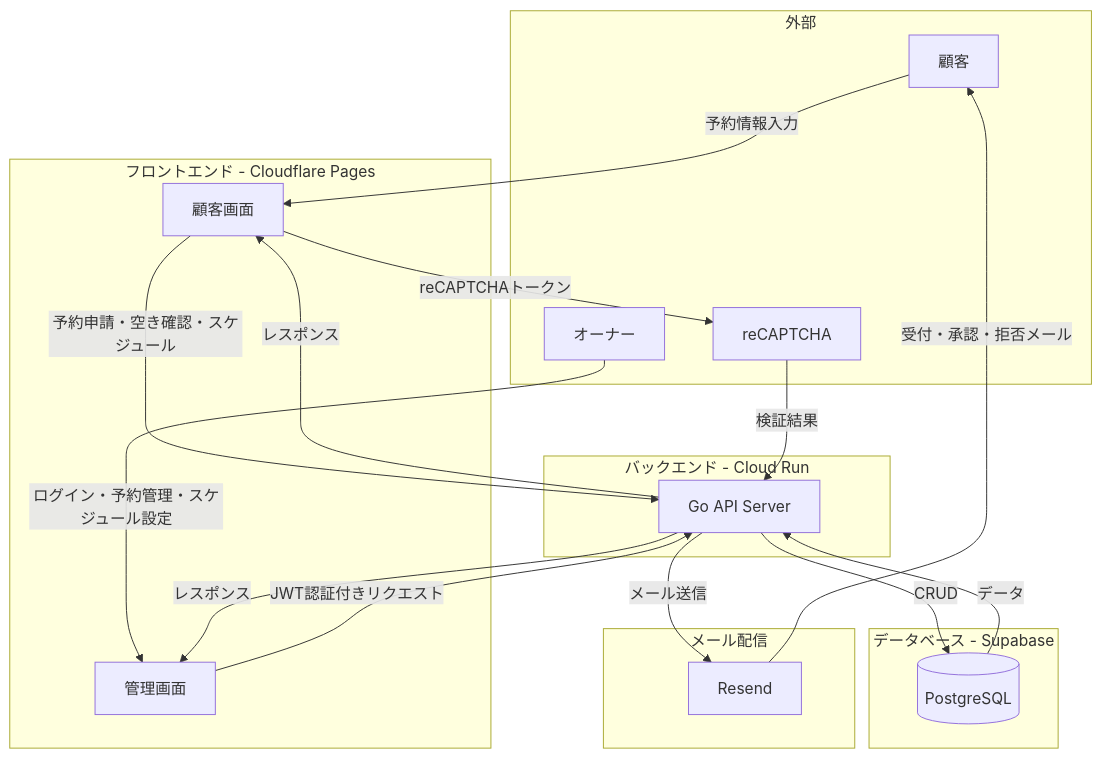
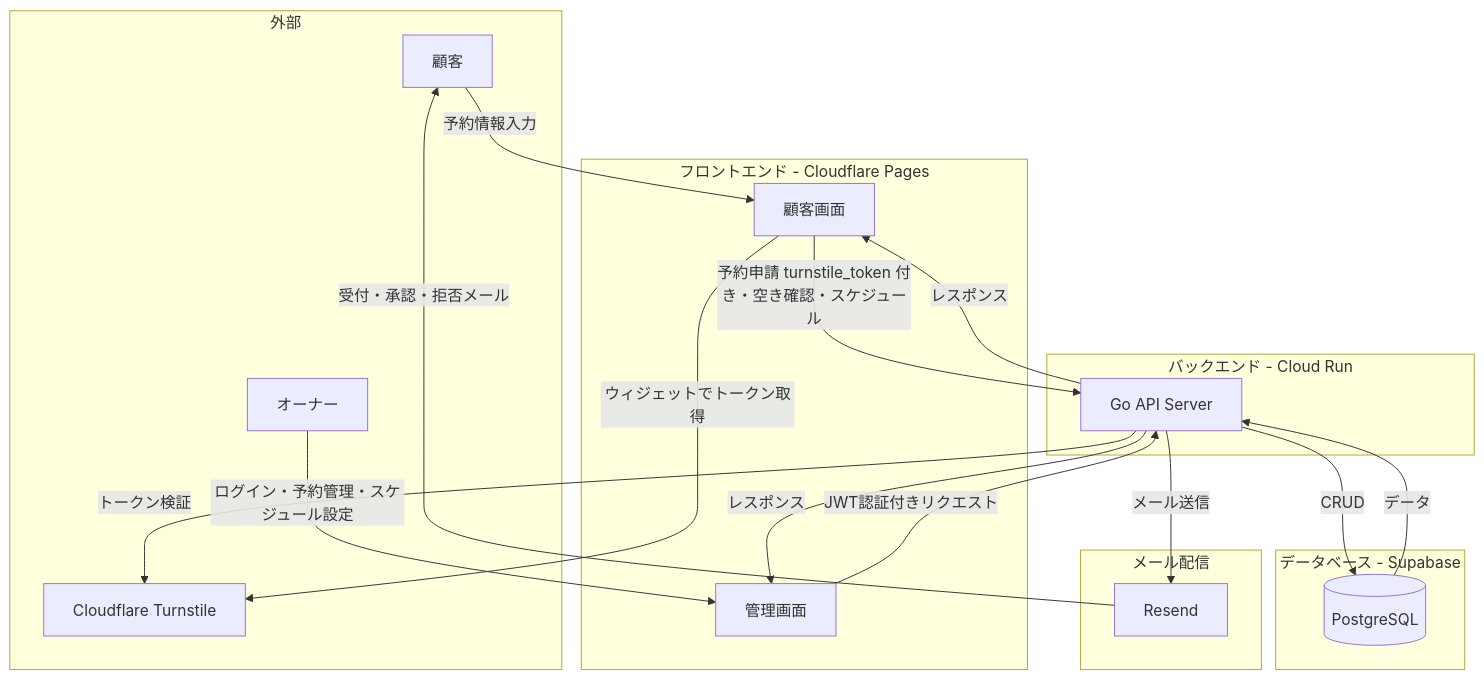
One commit to cergijame101007/satehits changed the first of 9 diagrams in docs/data_flow.md. Above: the diagram before and after it, drawn with Mermaid. The commit also changed other lines of this file, not shown here.

Commit message:
docs: data_flow.md の Bot 対策を Turnstile に合わせる

````diff
--- a/docs/data_flow.md
+++ b/docs/data_flow.md
@@ -5,40 +5,40 @@
 ```mermaid
 flowchart TB
     subgraph External[外部]
         Customer[顧客]
         Owner[オーナー]
-        ReCaptcha[reCAPTCHA]
+        Turnstile[Cloudflare Turnstile]
     end
 
     subgraph Frontend[フロントエンド - Cloudflare Pages]
         CustomerUI[顧客画面]
         AdminUI[管理画面]
     end
 
     subgraph Backend[バックエンド - Cloud Run]
         API[Go API Server]
     end
 
     subgraph Database[データベース - Supabase]
         DB[(PostgreSQL)]
     end
 
     subgraph Mail[メール配信]
         Resend[Resend]
     end
 
     Customer -->|予約情報入力| CustomerUI
-    CustomerUI -->|reCAPTCHAトークン| ReCaptcha
-    ReCaptcha -->|検証結果| API
-    CustomerUI -->|予約申請・空き確認・スケジュール| API
+    CustomerUI -->|ウィジェットでトークン取得| Turnstile
+    CustomerUI -->|予約申請 turnstile_token 付き・空き確認・スケジュール| API
+    API -->|トークン検証| Turnstile
 
     Owner -->|ログイン・予約管理・スケジュール設定| AdminUI
     AdminUI -->|JWT認証付きリクエスト| API
 
     API -->|CRUD| DB
     DB -->|データ| API
     API -->|レスポンス| CustomerUI
     API -->|レスポンス| AdminUI
     API -->|メール送信| Resend
     Resend -->|受付・承認・拒否メール| Customer
 ```
````
